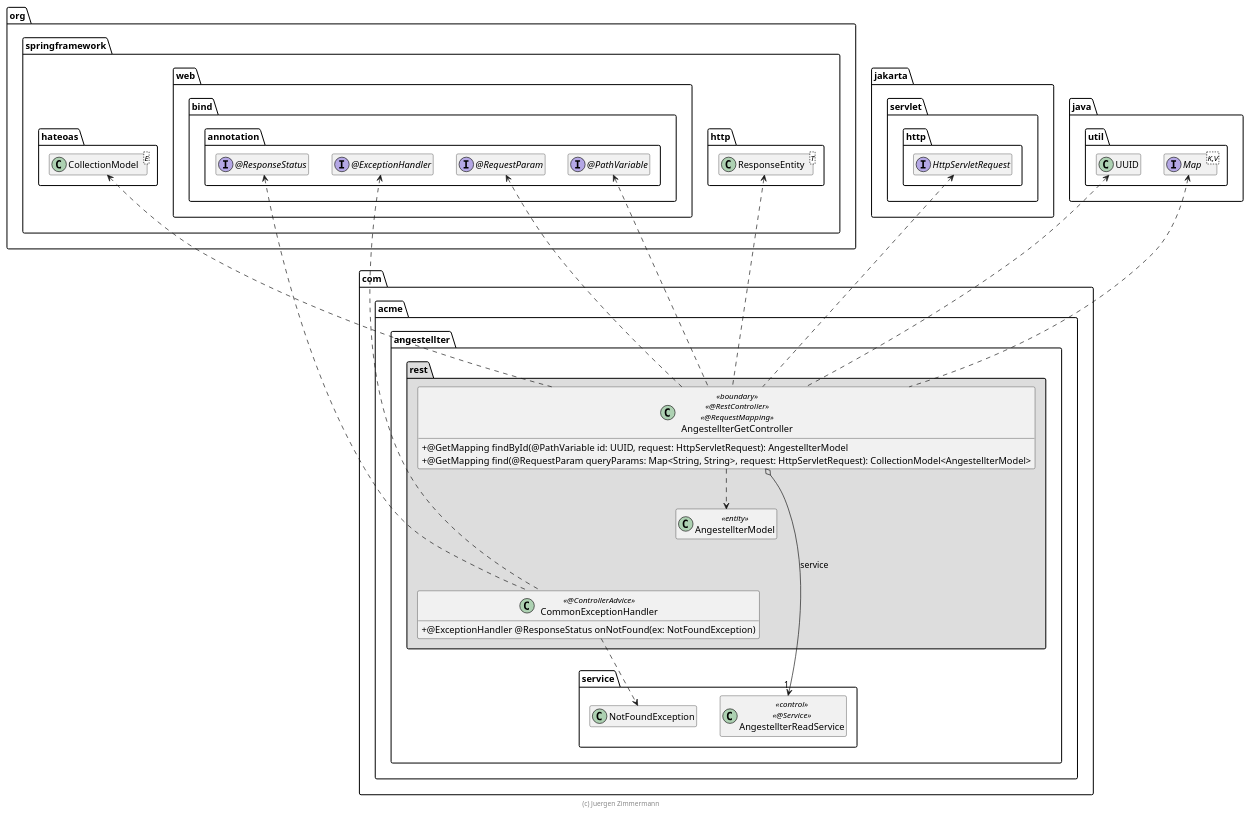
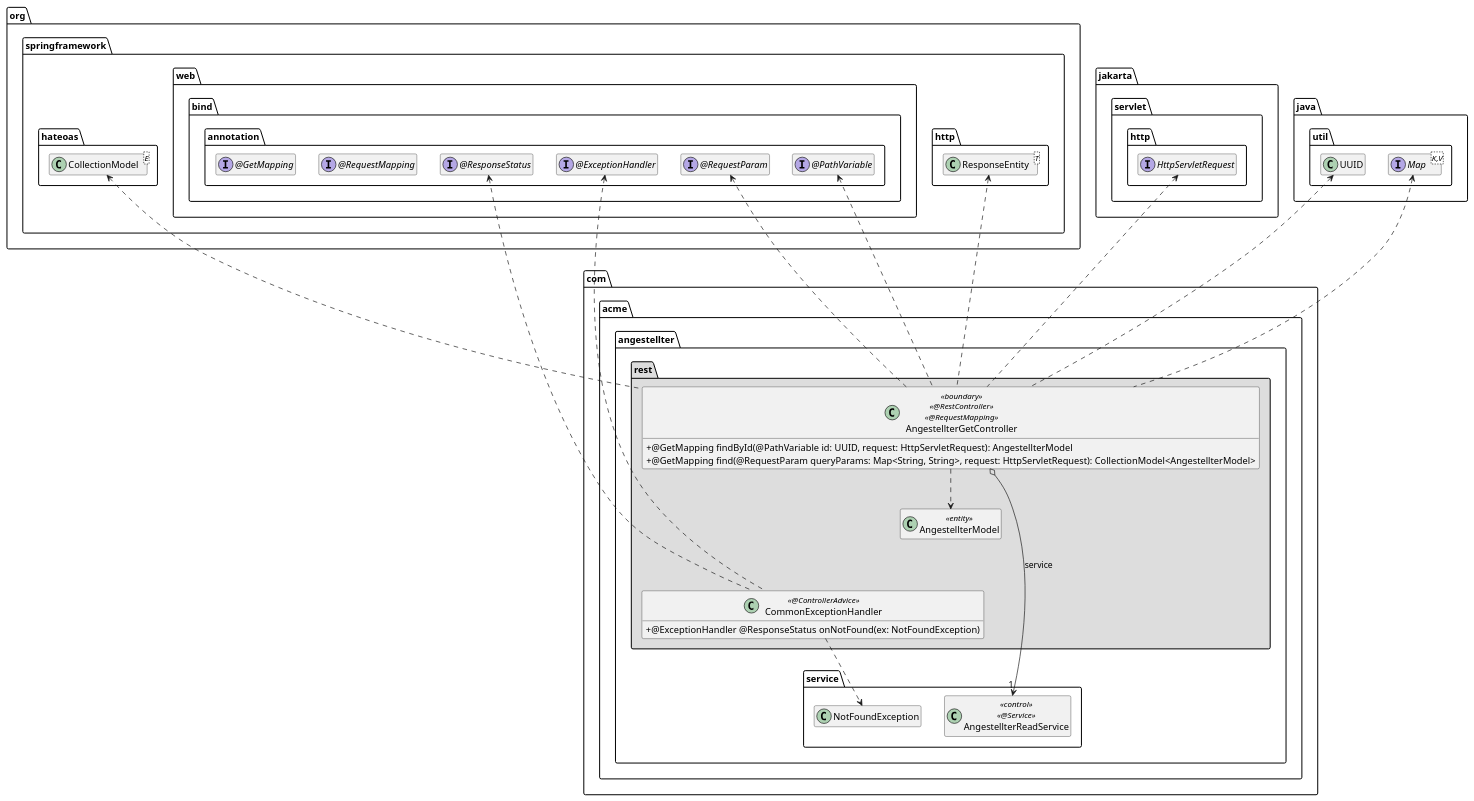
The diagram in extras/doc/AngestellterGetController.plantuml (Vvalentin/angestellter-v5), drawn with PlantUML before and after one commit. The commit also changed 9 other files, not shown here.

```diff
--- a/extras/doc/AngestellterGetController.plantuml
+++ b/extras/doc/AngestellterGetController.plantuml
@@ -15,73 +15,74 @@
 @startuml AngestellterGetController
 
 skinparam classAttributeIconSize 0
 
 package org.springframework {
     package web.bind.annotation {
         interface "@PathVariable" as PathVariable
         interface "@RequestParam" as RequestParam
+        interface "@RequestMapping" as RequestMapping
         interface "@ExceptionHandler" as ExceptionHandler
         interface "@ResponseStatus" as ResponseStatus
+        interface "@GetMapping" as GetMapping
     }
 
     package http {
         class ResponseEntity<T>
     }
     package hateoas {
         class CollectionModel<E>
     }
 }
 
 package jakarta.servlet.http {
     interface HttpServletRequest
 }
 
 package java.util {
     interface Map<K,V>
     class UUID
 }
 
 package com.acme.angestellter {
     package service {
         class AngestellterReadService << control >> << @Service >>
         class NotFoundException
     }
 
     package rest #DDDDDD {
         class AngestellterModel <<entity>>
 
         class AngestellterGetController << boundary >> << @RestController >> << @RequestMapping >> {
             + @GetMapping findById(@PathVariable id: UUID, request: HttpServletRequest): AngestellterModel
             + @GetMapping find(@RequestParam queryParams: Map<String, String>, request: HttpServletRequest): CollectionModel<AngestellterModel>
         }
 
         class CommonExceptionHandler << @ControllerAdvice >> {
             + @ExceptionHandler @ResponseStatus onNotFound(ex: NotFoundException)
         }
 
         AngestellterGetController o--> "1" AngestellterReadService : service
         AngestellterGetController ..> AngestellterModel
 
         AngestellterGetController .up.> ResponseEntity
         AngestellterGetController .up.> CollectionModel
         AngestellterGetController .up.> HttpServletRequest
         AngestellterGetController .up.> PathVariable
         AngestellterGetController .up.> RequestParam
 
         CommonExceptionHandler .up.> ExceptionHandler
         CommonExceptionHandler .up.> ResponseStatus
         CommonExceptionHandler ..> NotFoundException
         CommonExceptionHandler .up[hidden].> AngestellterModel
 
         AngestellterGetController .up.> UUID
         AngestellterGetController .up.> Map
 
         AngestellterModel .[hidden].> AngestellterReadService
     }
 }
 
 hide empty members
 
-footer (c) Juergen Zimmermann
 
 @enduml
```
